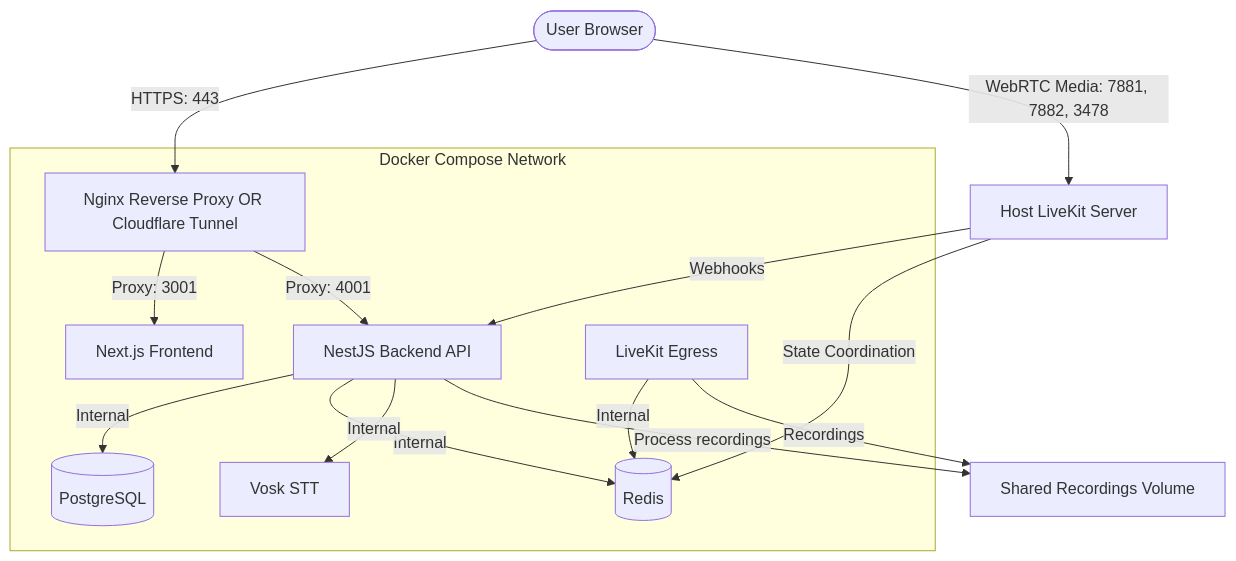
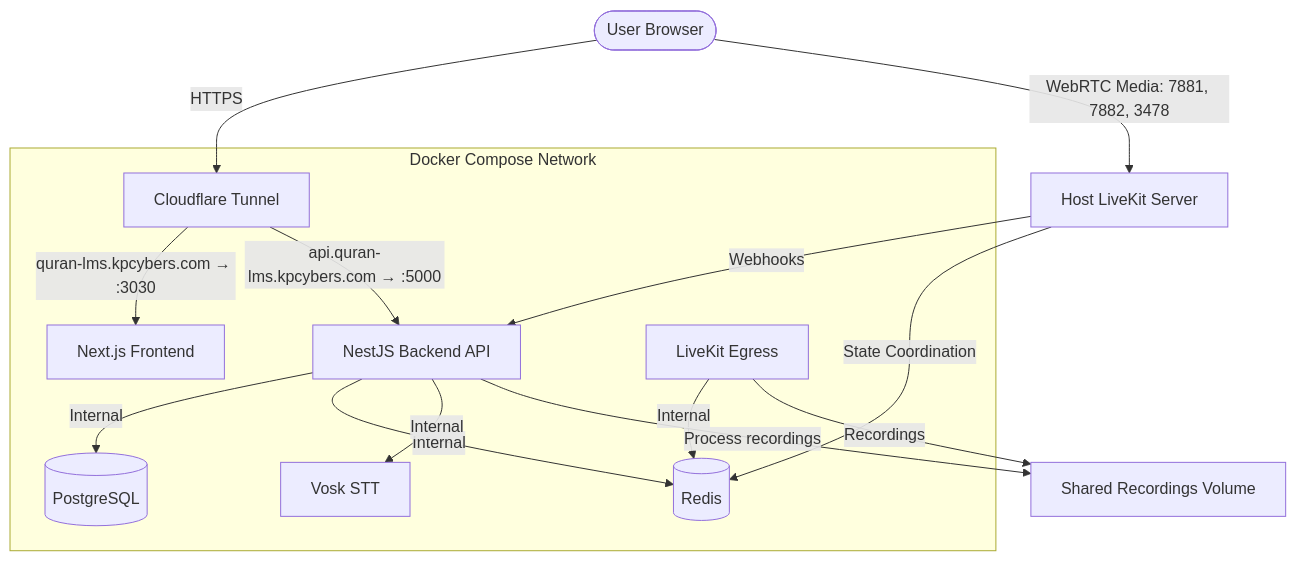
One commit to haseebjanhamraz/quran-lms changed the diagram in DEPLOYMENT.md. Above: the diagram before and after it, drawn with Mermaid. The commit also changed other lines of this file and 1 other file, not shown here.

Commit message:
feat: update deployment guide and Dockerfile to resolve port conflicts and improve routing

````diff
--- a/DEPLOYMENT.md
+++ b/DEPLOYMENT.md
@@ -11,19 +11,19 @@
 ```mermaid
 graph TD
-    User([User Browser]) -->|HTTPS: 443| Routing[Nginx Reverse Proxy OR Cloudflare Tunnel]
+    User([User Browser]) -->|HTTPS| CF[Cloudflare Tunnel]
     User -->|WebRTC Media: 7881, 7882, 3478| LiveKit[Host LiveKit Server]
     
     subgraph Docker Compose Network
-        Routing -->|Proxy: 3001| NextJS[Next.js Frontend]
-        Routing -->|Proxy: 4001| NestJS[NestJS Backend API]
+        CF -->|quran-lms.kpcybers.com → :3030| NextJS[Next.js Frontend]
+        CF -->|api.quran-lms.kpcybers.com → :5000| NestJS[NestJS Backend API]
         NestJS -->|Internal| PG[(PostgreSQL)]
         NestJS -->|Internal| Redis[(Redis)]
         NestJS -->|Internal| Vosk[Vosk STT]
         Egress[LiveKit Egress] -->|Internal| Redis
     end
     
     LiveKit -->|Webhooks| NestJS
     LiveKit -->|State Coordination| Redis
     Egress -->|Recordings| Volume[Shared Recordings Volume]
     NestJS -->|Process recordings| Volume
 ```
````
